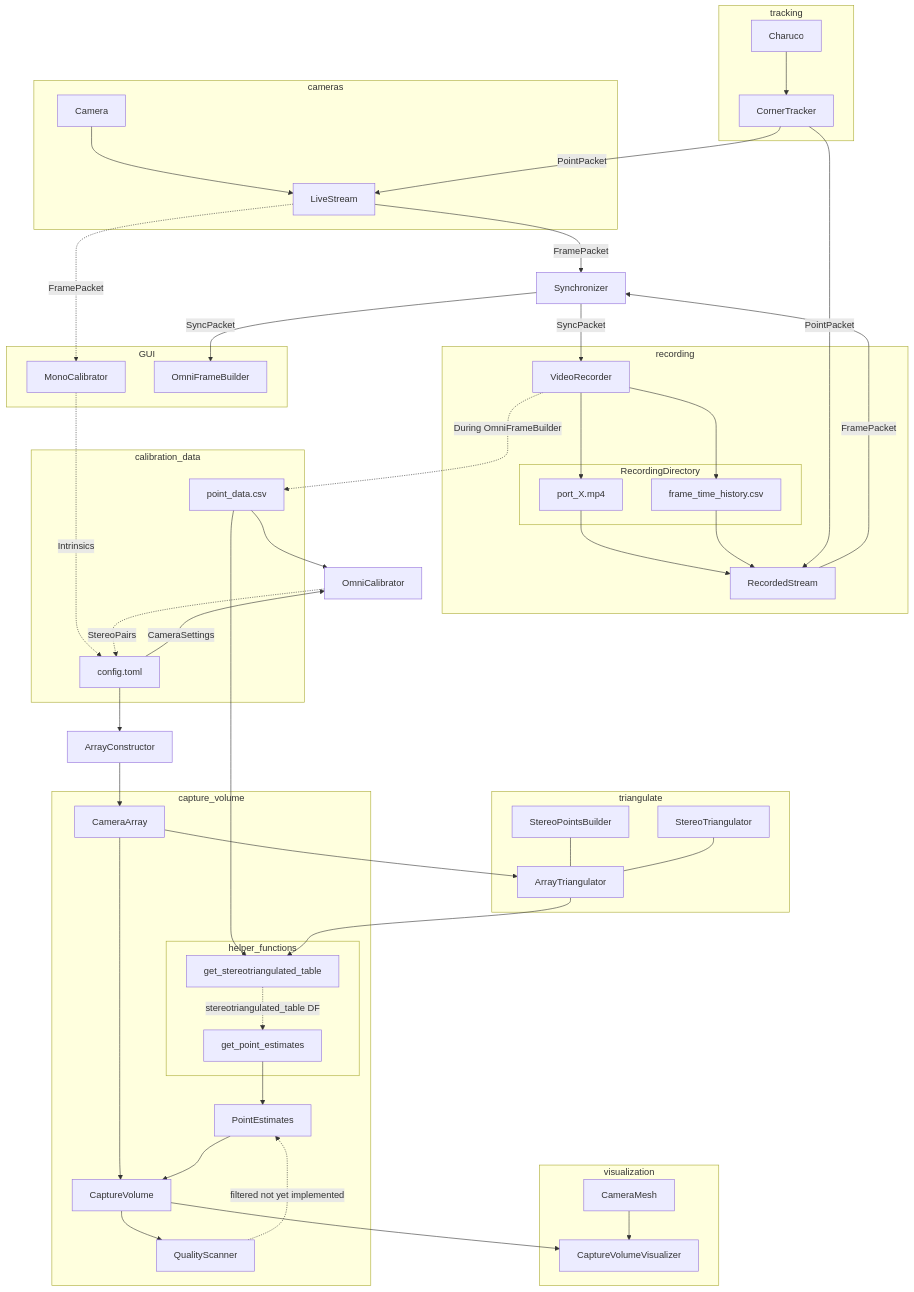
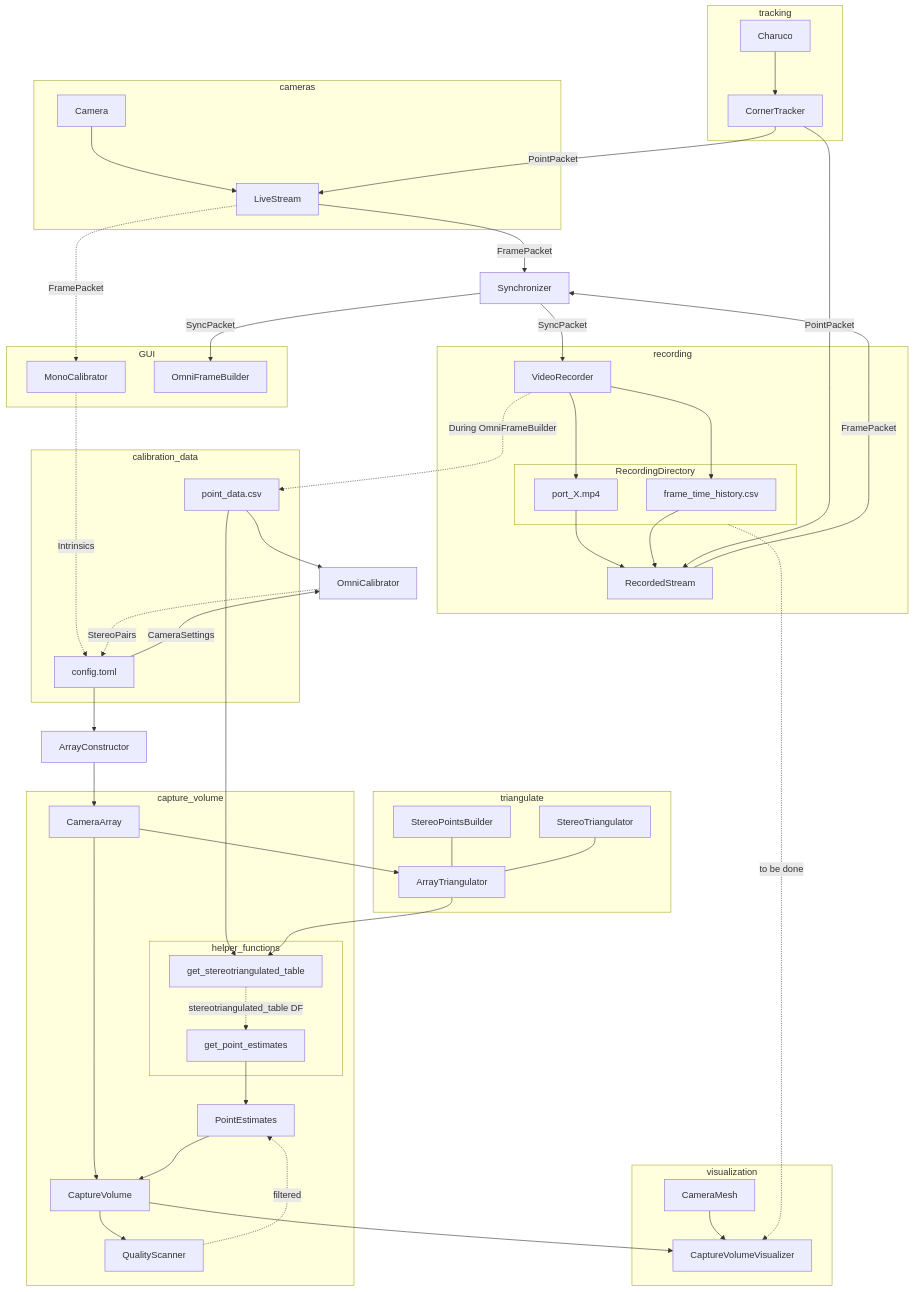
One commit to mprib/caliscope changed the diagram in README.md. Above: the diagram before and after it, drawn with Mermaid.

Commit message:
Update roadmap mermaid graph

```diff
--- a/README.md
+++ b/README.md
@@ -49,7 +49,7 @@
 
 end
 
-
+RecordingDirectory -.to be done.-> CaptureVolumeVisualizer
 
 point_data.csv --> OmniCalibrator
 config.toml --CameraSettings--> OmniCalibrator
@@ -92,7 +92,7 @@
     CameraArray --> CaptureVolume
     PointEstimates --> CaptureVolume
     CaptureVolume --> QualityScanner
-    QualityScanner -.filtered not yet implemented.-> PointEstimates
+    QualityScanner -.filtered.-> PointEstimates
 end
 
 
```
